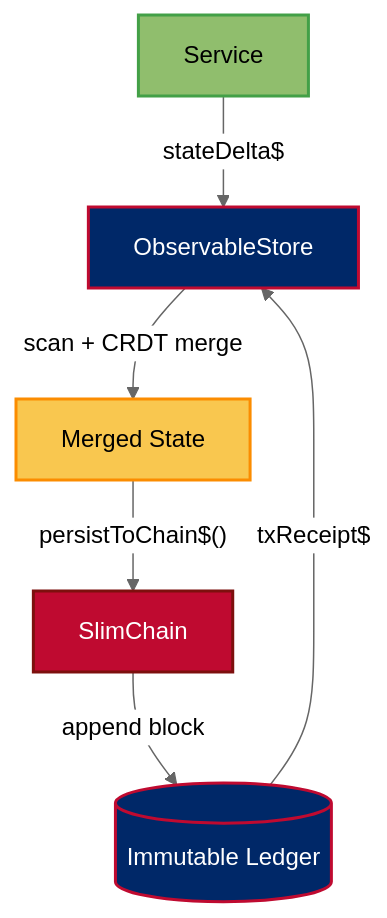
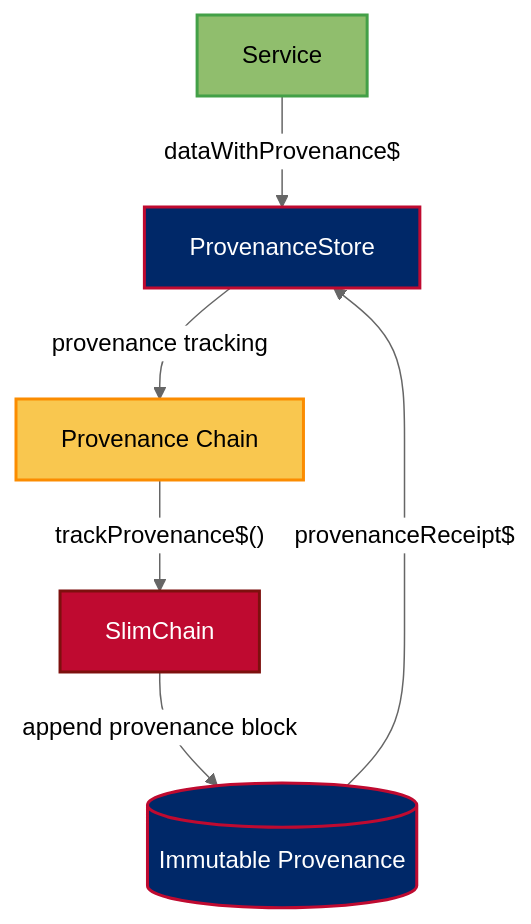
The fifth of 7 diagrams in forgeboard-frontend/src/assets/documentation/CODING-STANDARDS.md (JeffreySanford/forge-board), drawn with Mermaid (neutral theme) before and after one commit. The commit also changed other lines of this file and 13 other files, not shown here.

````diff
--- a/forgeboard-frontend/src/assets/documentation/CODING-STANDARDS.md
+++ b/forgeboard-frontend/src/assets/documentation/CODING-STANDARDS.md
@@ -106,14 +118,14 @@
 ```mermaid
 flowchart TD
-  Service[Service]:::service -->|"stateDelta$"| Store[ObservableStore]:::store
-  Store -->|"scan + CRDT merge"| MergedState[Merged State]:::state
-  MergedState -->|"persistToChain$()"| Chain[SlimChain]:::chain
-  Chain -->|"append block"| Ledger[(Immutable Ledger)]:::ledger
-  Ledger -->|"txReceipt$"| Store
+  Service[Service]:::service -->|"dataWithProvenance$"| Store[ProvenanceStore]:::store
+  Store -->|"provenance tracking"| MergedState[Provenance Chain]:::state
+  MergedState -->|"trackProvenance$()"| Chain[SlimChain]:::chain
+  Chain -->|"append provenance block"| Ledger[(Immutable Provenance)]:::ledger
+  Ledger -->|"provenanceReceipt$"| Store
   
   classDef service fill:#90BE6D,stroke:#43A047,stroke-width:2px;
   classDef store fill:#002868,stroke:#BF0A30,stroke-width:2px,color:#FFFFFF;
   classDef state fill:#F9C74F,stroke:#FB8C00,stroke-width:2px;
   classDef chain fill:#BF0A30,stroke:#7D100E,stroke-width:2px,color:#FFFFFF;
   classDef ledger fill:#002868,stroke:#BF0A30,stroke-width:2px,color:#FFFFFF;
 ```
````
